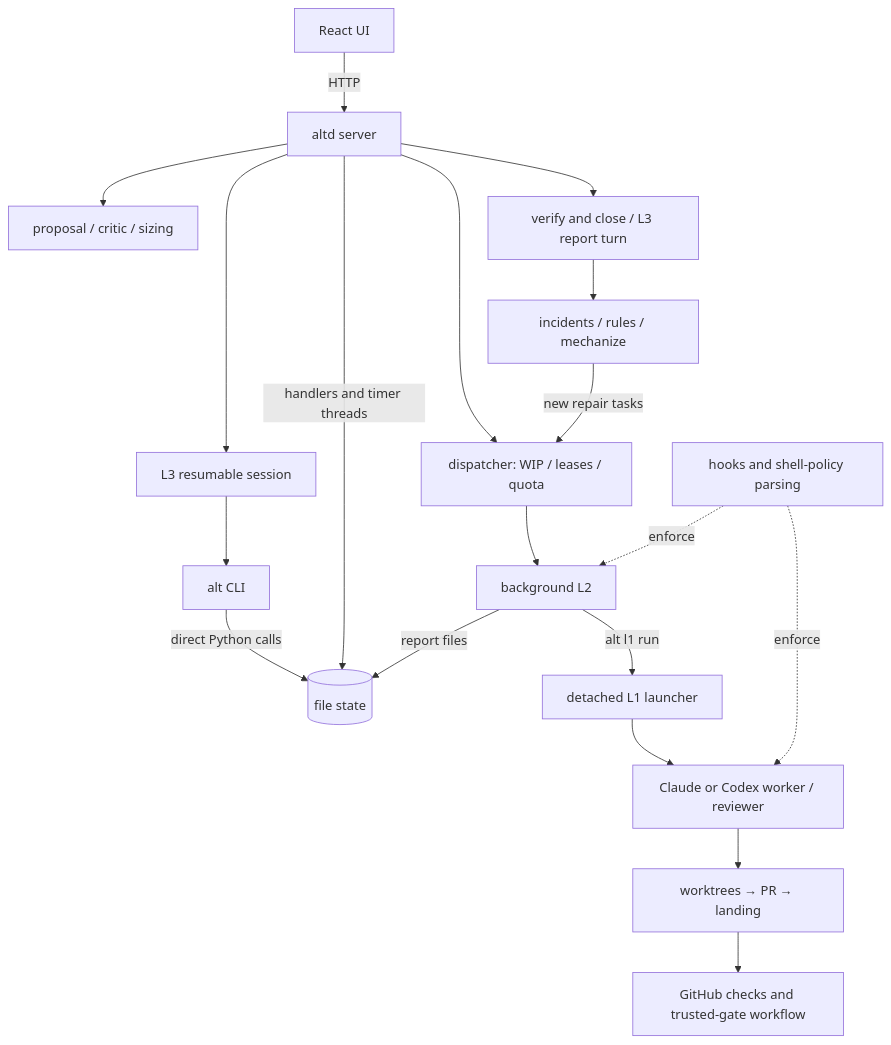
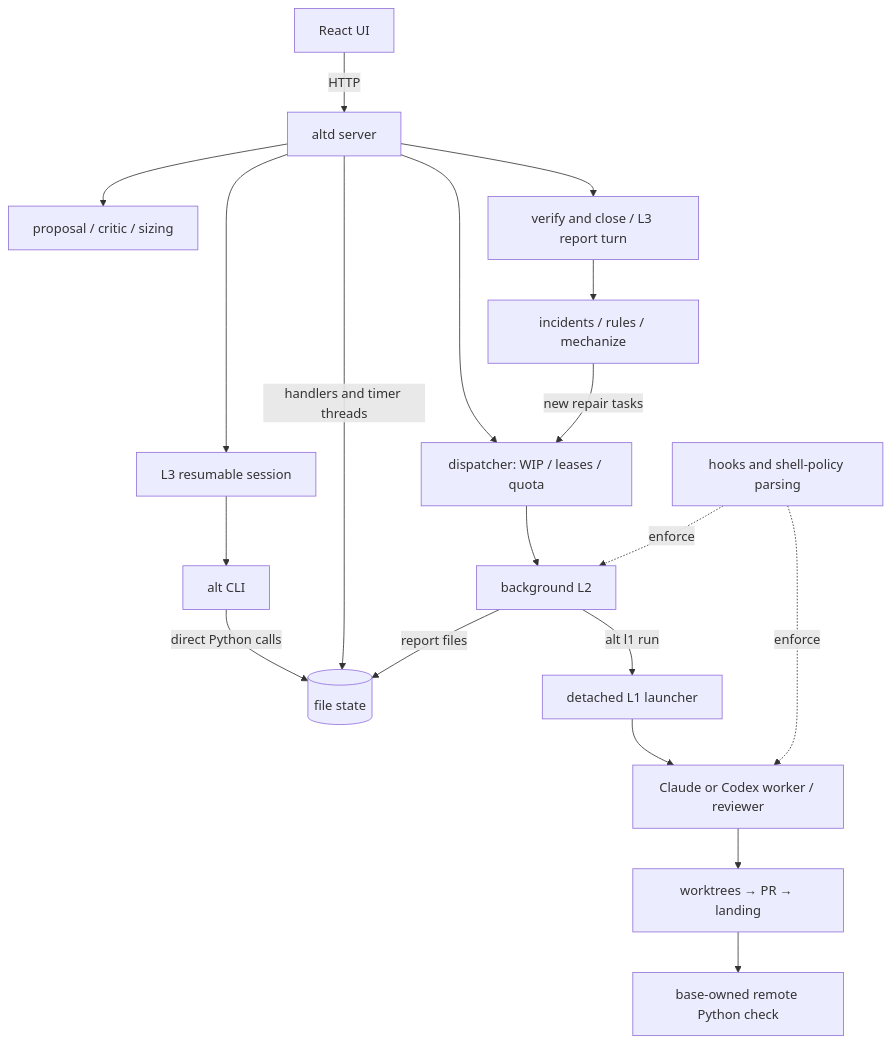
One commit to mburakyucel/altitude changed the first of 4 diagrams in docs/ARCHITECTURE.md. Above: the diagram before and after it, drawn with Mermaid. The commit also changed other lines of this file and 12 other files, not shown here.

Commit message:
Replace trusted gate with simple remote CI

````diff
--- a/docs/ARCHITECTURE.md
+++ b/docs/ARCHITECTURE.md
@@ -25,21 +25,21 @@
 ```mermaid
 flowchart TD
     U[React UI] -->|HTTP| A[altd server]
     C[alt CLI] -->|direct Python calls| S[(file state)]
     A -->|handlers and timer threads| S
     A --> P[proposal / critic / sizing]
     A --> L3[L3 resumable session]
     L3 --> C
     A --> D[dispatcher: WIP / leases / quota]
     D --> L2[background L2]
     L2 -->|alt l1 run| R[detached L1 launcher]
     R --> W[Claude or Codex worker / reviewer]
     W --> G[worktrees → PR → landing]
-    G --> CI[GitHub checks and trusted-gate workflow]
+    G --> CI[base-owned remote Python check]
     L2 -->|report files| S
     A --> V[verify and close / L3 report turn]
     V --> H[incidents / rules / mechanize]
     H -->|new repair tasks| D
     K[hooks and shell-policy parsing] -.enforce.-> L2
     K -.enforce.-> W
 ```
````
